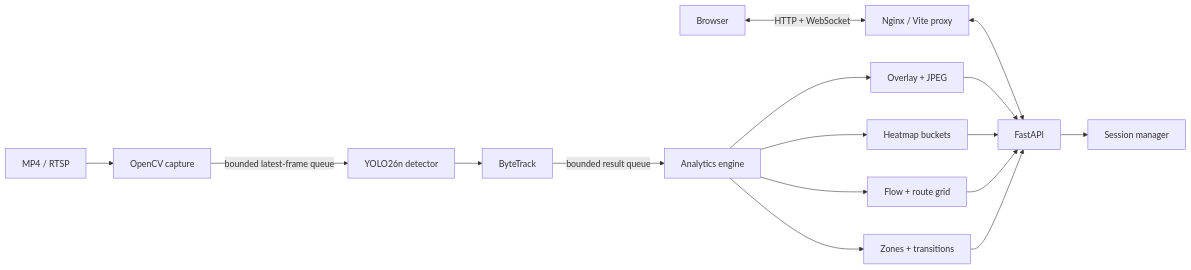
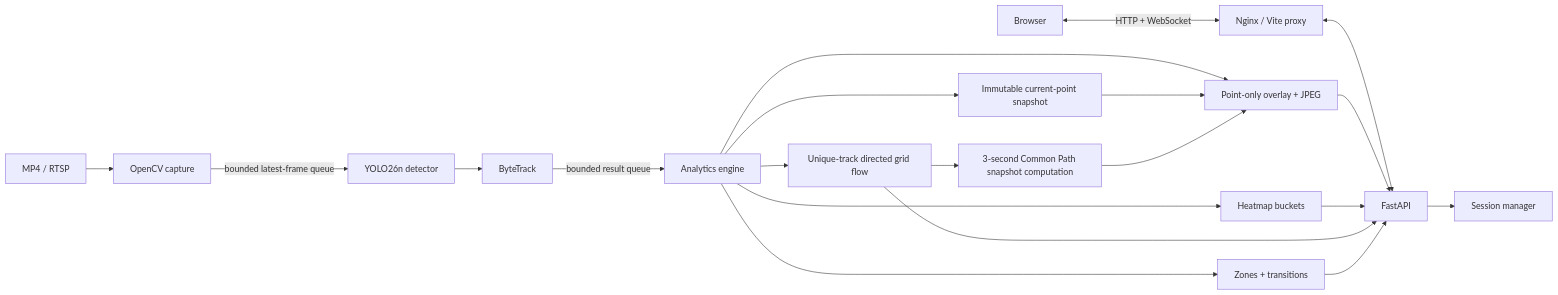
The first of 2 diagrams in docs/architecture.md (hahoangtuanhung-hust/Crowd-Analysis), drawn with Mermaid before and after one commit. The commit also changed other lines of this file and 23 other files, not shown here.

First line of the commit message:
test+docs: add comprehensive tests and documentation for common-path system

````diff
--- a/docs/architecture.md
+++ b/docs/architecture.md
@@ -5,18 +5,22 @@
 ```mermaid
 flowchart LR
     U[Browser] <-->|HTTP + WebSocket| N[Nginx / Vite proxy]
     N <--> A[FastAPI]
     A --> S[Session manager]
     V[MP4 / RTSP] --> C[OpenCV capture]
     C -->|bounded latest-frame queue| D[YOLO26n detector]
     D --> T[ByteTrack]
     T -->|bounded result queue| E[Analytics engine]
-    E --> R[Overlay + JPEG]
+    E --> Q[Immutable current-point snapshot]
+    E --> R[Point-only overlay + JPEG]
     E --> H[Heatmap buckets]
-    E --> F[Flow + route grid]
+    E --> F[Unique-track directed grid flow]
+    F --> P[3-second Common Path snapshot computation]
     E --> Z[Zones + transitions]
+    Q --> R
+    P --> R
     R --> A
     H --> A
     F --> A
     Z --> A
 ```
````
